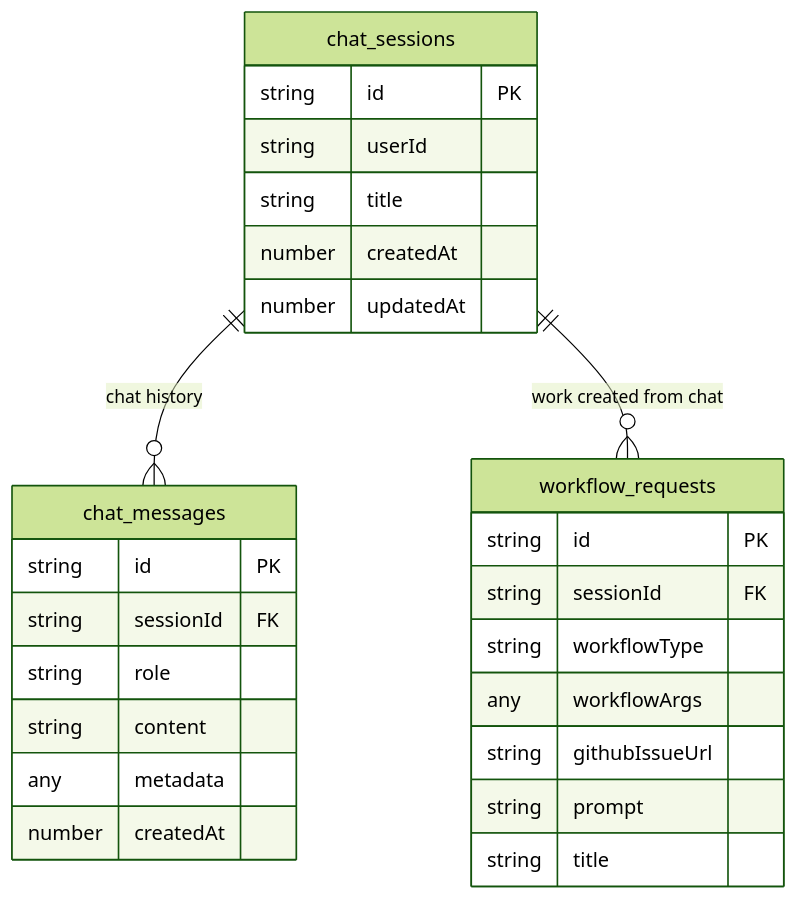
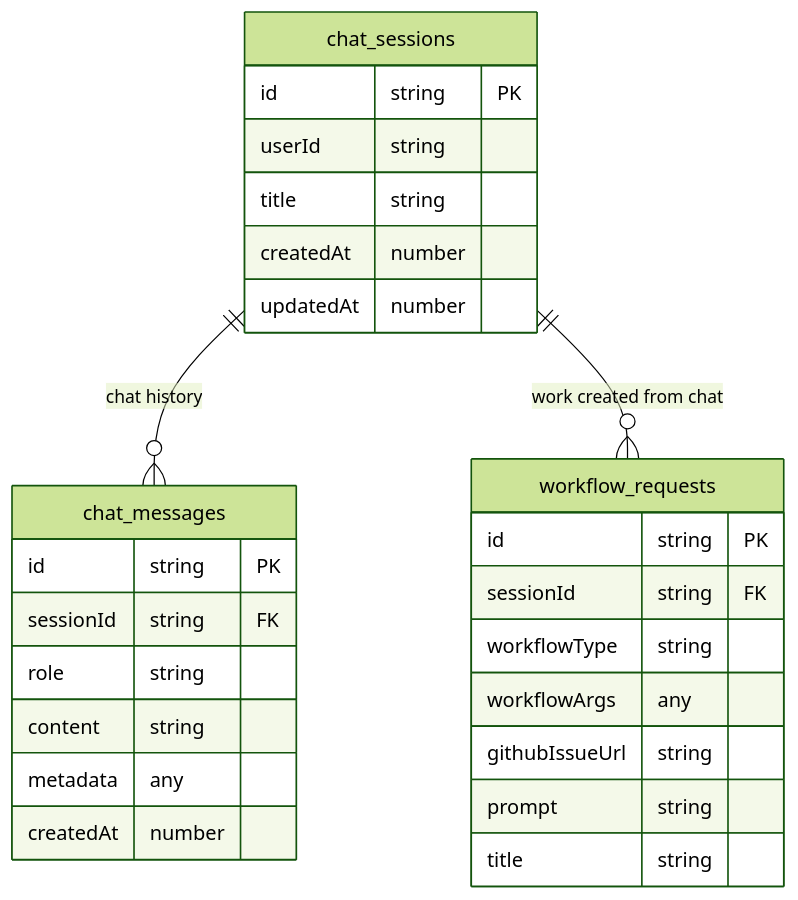
Before and after one commit to proompteng/lab: the diagram in docs/jangar/persistence.md, drawn with Mermaid (forest theme).

Commit message:
docs: swap mermaid fields to column-first for chat/workflow

````diff
--- a/docs/jangar/persistence.md
+++ b/docs/jangar/persistence.md
@@ -32,32 +32,32 @@
 ```mermaid
 erDiagram
   chat_sessions {
-    string id PK
-    string userId
-    string title
-    number createdAt
-    number updatedAt
+    id string PK
+    userId string
+    title string
+    createdAt number
+    updatedAt number
   }
 
   chat_messages {
-    string id PK
-    string sessionId FK
-    string role
-    string content
-    any    metadata
-    number createdAt
+    id string PK
+    sessionId string FK
+    role string
+    content string
+    metadata any
+    createdAt number
   }
 
   workflow_requests {
-    string id PK
-    string sessionId FK
-    string workflowType
-    any    workflowArgs
-    string githubIssueUrl
-    string prompt
-    string title
+    id string PK
+    sessionId string FK
+    workflowType string
+    workflowArgs any
+    githubIssueUrl string
+    prompt string
+    title string
   }
 
   chat_sessions ||--o{ chat_messages : "chat history"
   chat_sessions ||--o{ workflow_requests : "work created from chat"
 ```
````
